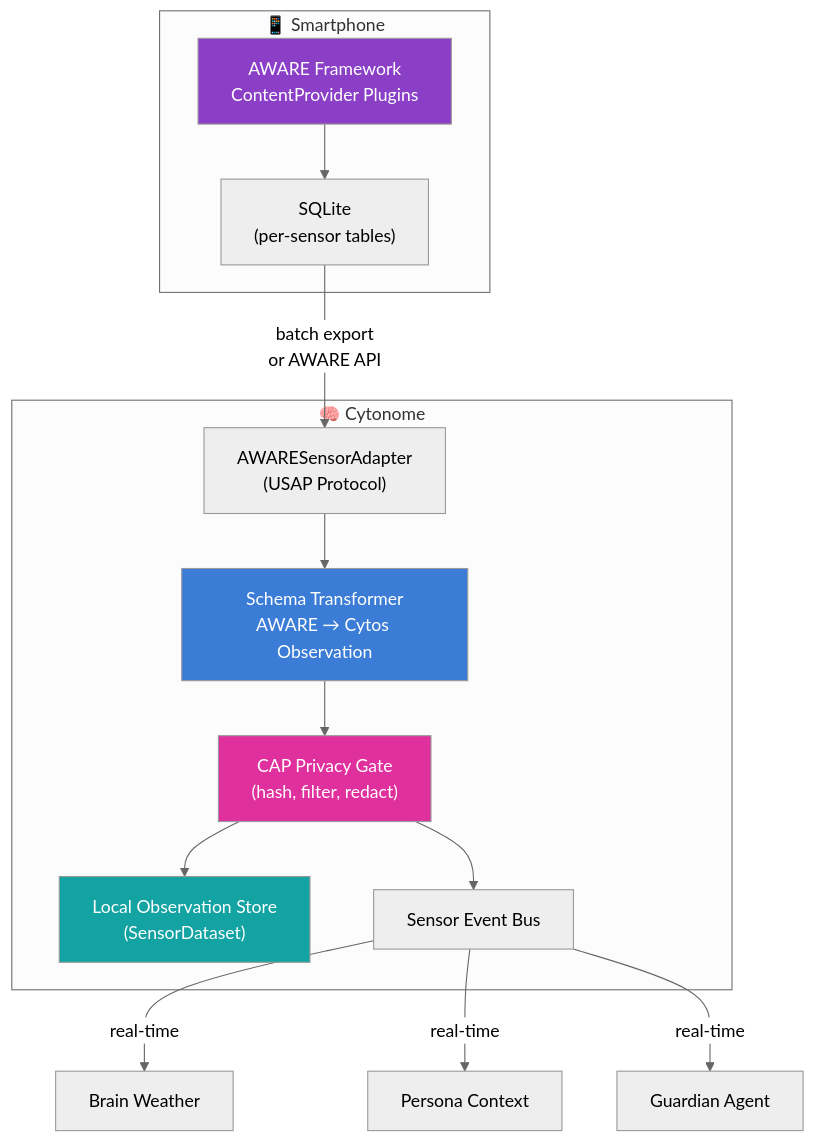
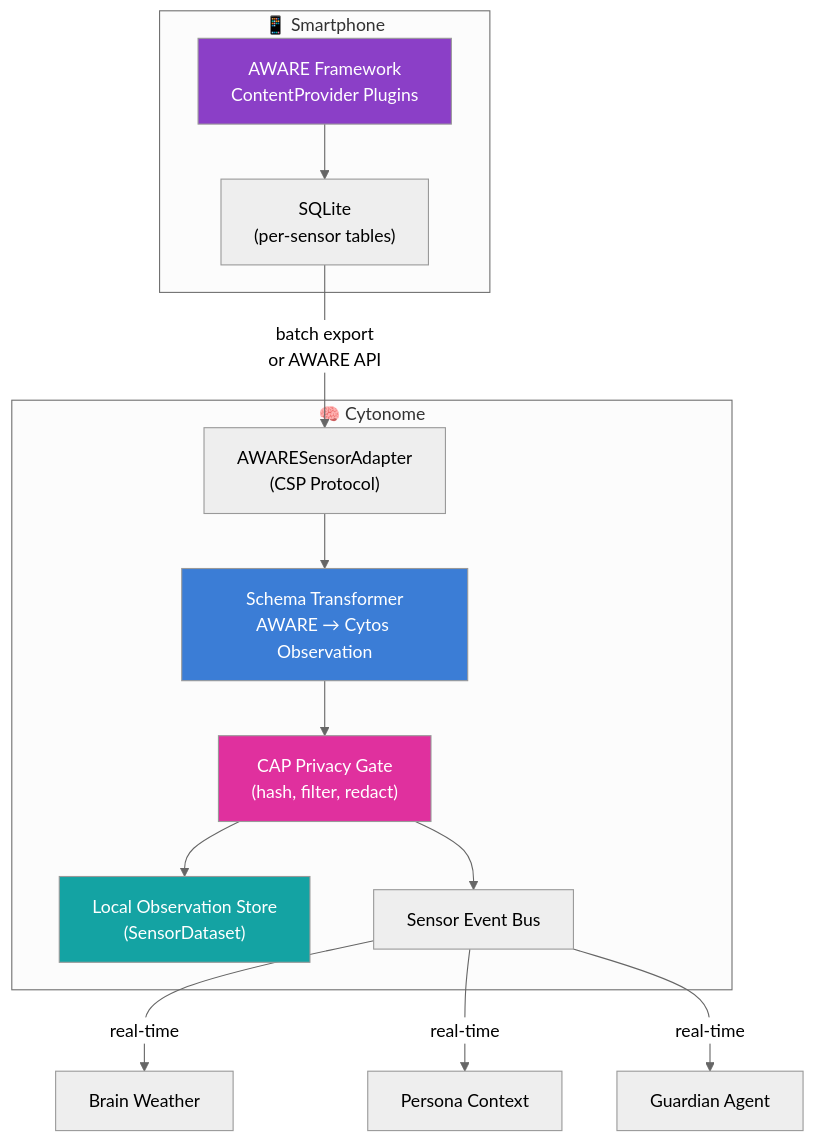
One commit to cytognosis/docs changed the first of 5 diagrams in 04-Engineering/yar/sensors/implementing-aware.md. Above: the diagram before and after it, drawn with Mermaid (neutral theme). The commit also changed other lines of this file and 15 other files, not shown here.

First line of the commit message:
docs(yar): standardize sensor protocol name to CSP across engineering specs

````diff
--- a/04-Engineering/yar/sensors/implementing-aware.md
+++ b/04-Engineering/yar/sensors/implementing-aware.md
@@ -49,31 +49,31 @@
 ```mermaid
 flowchart TB
     subgraph Phone["📱 Smartphone"]
         AWARE["AWARE Framework<br/>ContentProvider Plugins"]
         SQLite["SQLite<br/>(per-sensor tables)"]
         AWARE --> SQLite
     end
 
     subgraph Cytonome["🧠 Cytonome"]
-        Adapter["AWARESensorAdapter<br/>(USAP Protocol)"]
+        Adapter["AWARESensorAdapter<br/>(CSP Protocol)"]
         Transform["Schema Transformer<br/>AWARE → Cytos Observation"]
         Privacy["CAP Privacy Gate<br/>(hash, filter, redact)"]
         Store["Local Observation Store<br/>(SensorDataset)"]
         Bus["Sensor Event Bus"]
     end
 
     SQLite -->|"batch export<br/>or AWARE API"| Adapter
     Adapter --> Transform
     Transform --> Privacy
     Privacy --> Store
     Privacy --> Bus
 
     Bus -->|"real-time"| BW["Brain Weather"]
     Bus -->|"real-time"| Persona["Persona Context"]
     Bus -->|"real-time"| Guardian["Guardian Agent"]
 
     style AWARE fill:#8B3FC7,color:#fff
     style Transform fill:#3B7DD6,color:#fff
     style Privacy fill:#E0309E,color:#fff
     style Store fill:#14A3A3,color:#fff
 ```
````
